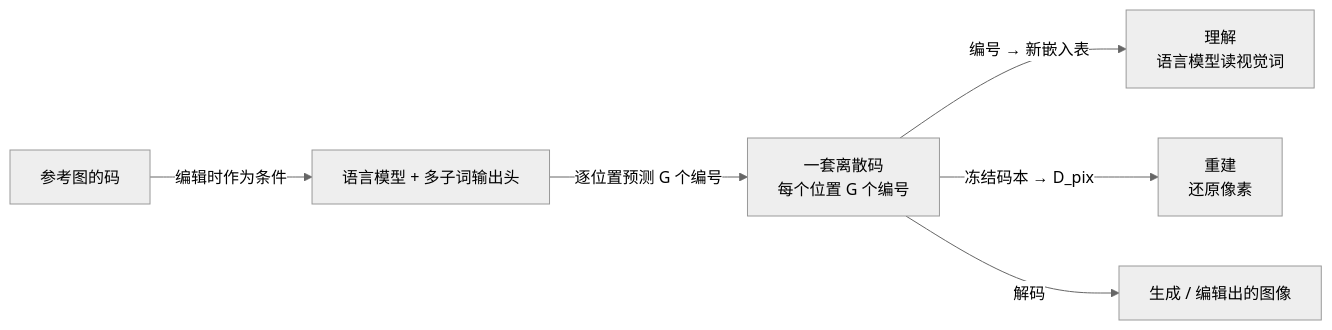
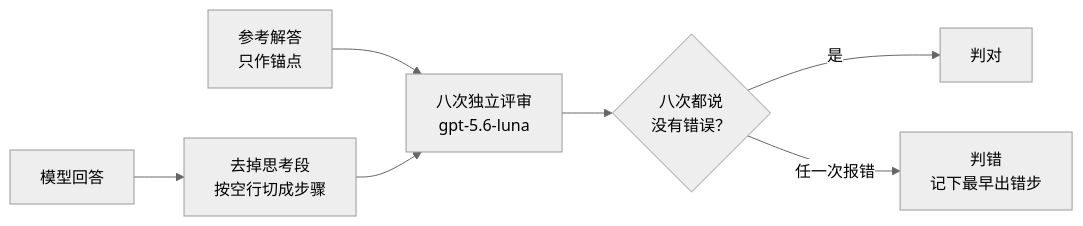
The fourth of 4 diagrams in docs/index.md (yingwang/paper-reads), drawn with Mermaid (neutral theme) before and after one commit. The commit also changed other lines of this file and 2 other files, not shown here.

````diff
--- a/docs/index.md
+++ b/docs/index.md
@@ -185,9 +200,9 @@
 ```mermaid
-flowchart LR
-    C["一套离散码<br/>每个位置 G 个编号"]
-    C -->|"编号 → 新嵌入表"| U["理解<br/>语言模型读视觉词"]
-    C -->|"冻结码本 → D_pix"| R["重建<br/>还原像素"]
-    LM["语言模型 + 多子词输出头"] -->|"逐位置预测 G 个编号"| C
-    REF["参考图的码"] -->|"编辑时作为条件"| LM
-    C -->|"解码"| G["生成 / 编辑出的图像"]
+graph LR
+  A["模型回答"] --> B["去掉思考段<br/>按空行切成步骤"]
+  R["参考解答<br/>只作锚点"] --> C
+  B --> C["八次独立评审<br/>gpt-5.6-luna"]
+  C --> D{"八次都说<br/>没有错误？"}
+  D -->|是| Y["判对"]
+  D -->|任一次报错| N["判错<br/>记下最早出错步"]
 ```
````
